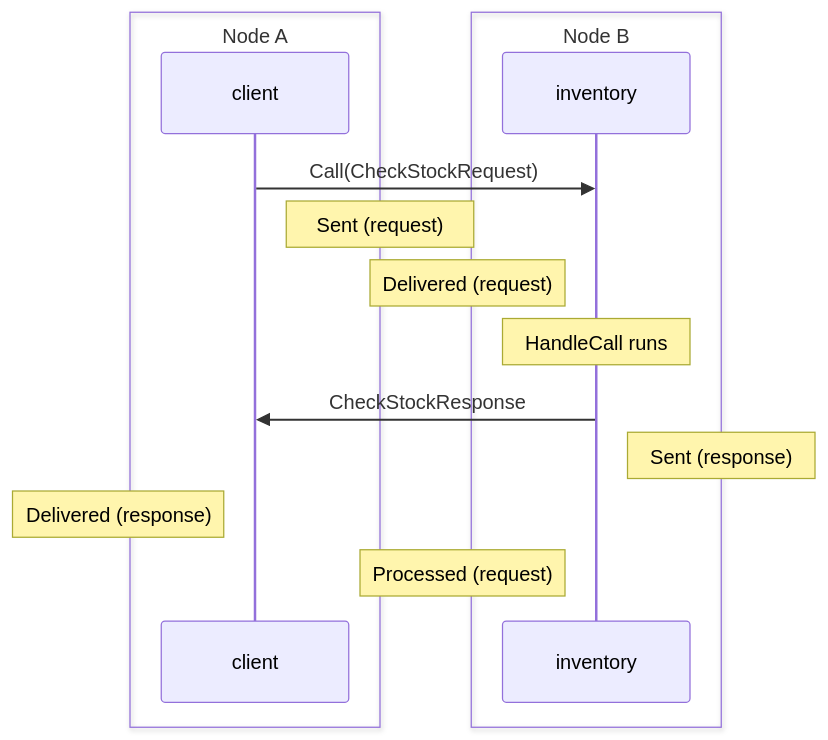
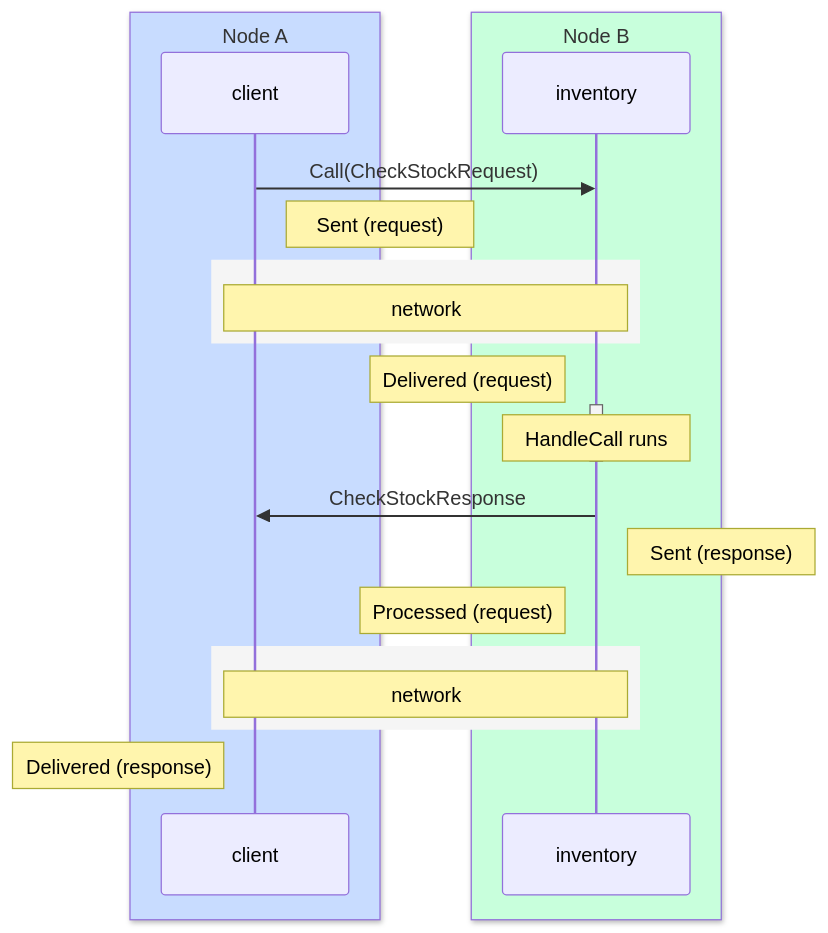
The fifth of 9 diagrams in docs/advanced/distributed-tracing.md (ergo-services/ergo), drawn with Mermaid before and after one commit. The commit also changed other lines of this file, not shown here.

````diff
--- a/docs/advanced/distributed-tracing.md
+++ b/docs/advanced/distributed-tracing.md
@@ -321,20 +334,31 @@
 ```mermaid
 sequenceDiagram
-    box Node A
+    box rgb(200,220,255) Node A
     participant C as client
     end
-    box Node B
+    box rgb(200,255,220) Node B
     participant I as inventory
     end
 
     C->>I: Call(CheckStockRequest)
     Note right of C: Sent (request)
+
+    rect rgb(245,245,245)
+    Note over C,I: network
+    end
+
     Note left of I: Delivered (request)
-
+    activate I
     Note over I: HandleCall runs
+    deactivate I
 
     I->>C: CheckStockResponse
     Note right of I: Sent (response)
+    Note left of I: Processed (request)
+
+    rect rgb(245,245,245)
+    Note over C,I: network
+    end
+
     Note left of C: Delivered (response)
-    Note left of I: Processed (request)
 ```
````
